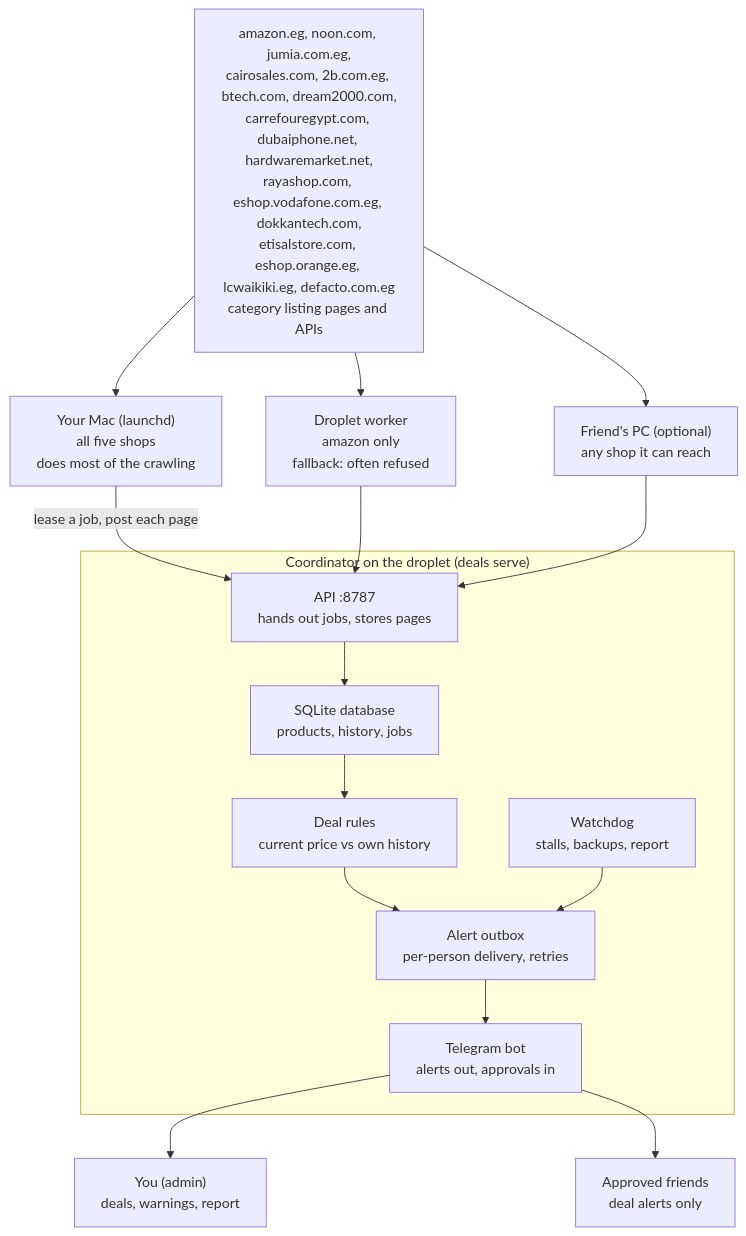
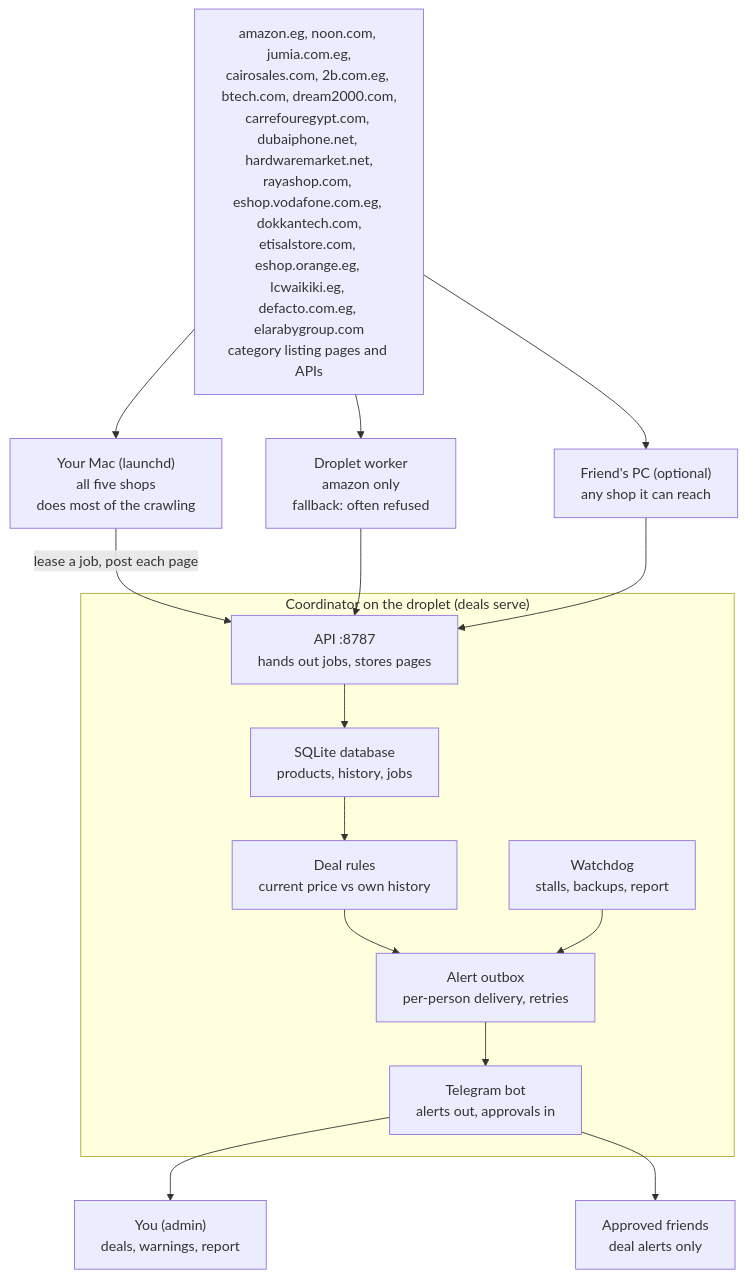
Before and after one commit to mohamed-mahmoud377/e-commerce-discounts-alert: the first of 3 diagrams in docs/GUIDE.md, drawn with Mermaid. The commit also changed other lines of this file and 25 other files, not shown here.

````diff
--- a/docs/GUIDE.md
+++ b/docs/GUIDE.md
@@ -46,17 +46,17 @@
 ```mermaid
 flowchart TB
-    shops["amazon.eg, noon.com, jumia.com.eg,<br/>cairosales.com, 2b.com.eg, btech.com, dream2000.com,<br/>carrefouregypt.com, dubaiphone.net, hardwaremarket.net,<br/>rayashop.com, eshop.vodafone.com.eg, dokkantech.com,<br/>etisalstore.com, eshop.orange.eg, lcwaikiki.eg, defacto.com.eg<br/>category listing pages and APIs"]
+    shops["amazon.eg, noon.com, jumia.com.eg,<br/>cairosales.com, 2b.com.eg, btech.com, dream2000.com,<br/>carrefouregypt.com, dubaiphone.net, hardwaremarket.net,<br/>rayashop.com, eshop.vodafone.com.eg, dokkantech.com,<br/>etisalstore.com, eshop.orange.eg, lcwaikiki.eg, defacto.com.eg, elarabygroup.com<br/>category listing pages and APIs"]
     shops --> mac["Your Mac (launchd)<br/>all five shops<br/>does most of the crawling"]
     shops --> dw["Droplet worker<br/>amazon only<br/>fallback: often refused"]
     shops --> fr["Friend's PC (optional)<br/>any shop it can reach"]
     mac -- "lease a job, post each page" --> api
     dw --> api
     fr --> api
     subgraph coord["Coordinator on the droplet (deals serve)"]
         api["API :8787<br/>hands out jobs, stores pages"] --> dbx["SQLite database<br/>products, history, jobs"] --> rules["Deal rules<br/>current price vs own history"]
         rules --> outbox["Alert outbox<br/>per-person delivery, retries"]
         wd["Watchdog<br/>stalls, backups, report"] --> outbox --> bot["Telegram bot<br/>alerts out, approvals in"]
     end
     bot --> admin["You (admin)<br/>deals, warnings, report"]
     bot --> friends["Approved friends<br/>deal alerts only"]
 ```
````
